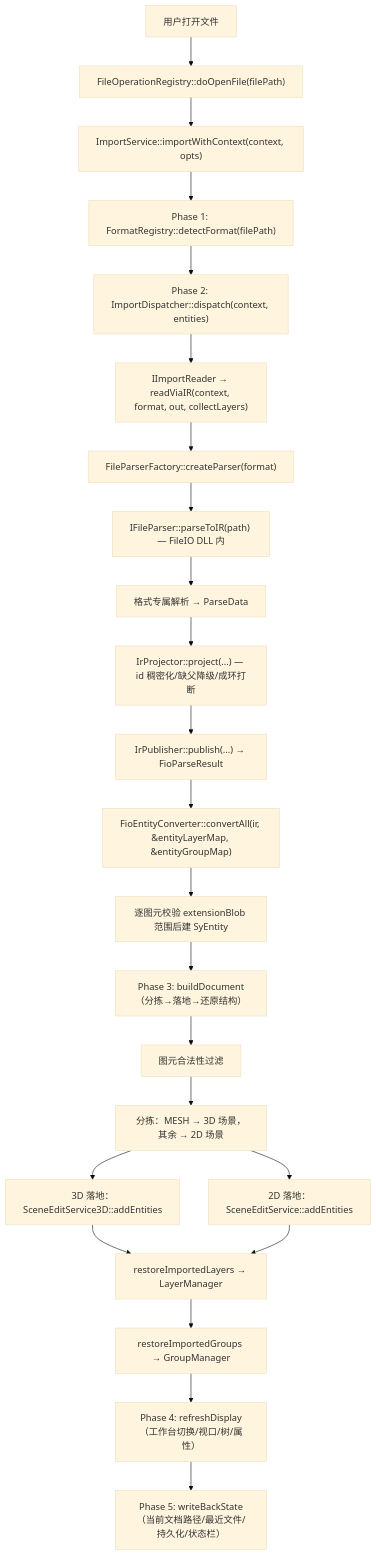
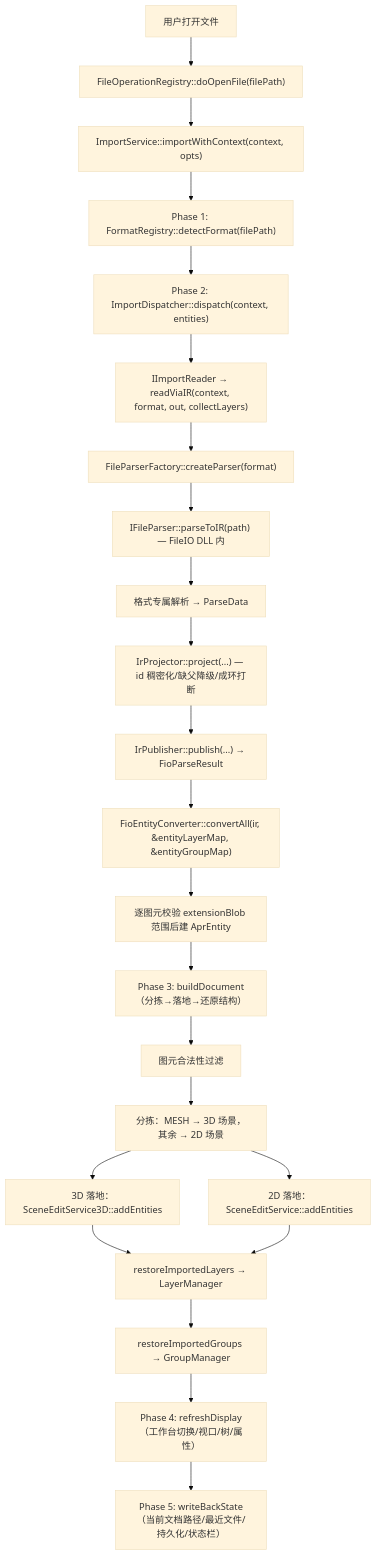
Before and after one commit to yulinxx/CAD: the diagram in Docs/01-当前架构/序列化架构定义.md, drawn with Mermaid (base theme). The commit also changed other lines of this file and 326 other files, not shown here.

````diff
--- a/Docs/01-当前架构/序列化架构定义.md
+++ b/Docs/01-当前架构/序列化架构定义.md
@@ -314,28 +314,28 @@
 ```mermaid
 flowchart TD
     A["用户打开文件"] --> B["FileOperationRegistry::doOpenFile(filePath)"]
     B --> C["ImportService::importWithContext(context, opts)"]
     
     C --> D["Phase 1: FormatRegistry::detectFormat(filePath)"]
     D --> E["Phase 2: ImportDispatcher::dispatch(context, entities)"]
     E --> E1["IImportReader → readViaIR(context, format, out, collectLayers)"]
     E1 --> E2["FileParserFactory::createParser(format)"]
     E2 --> E3["IFileParser::parseToIR(path) — FileIO DLL 内"]
     E3 --> E4["格式专属解析 → ParseData"]
     E4 --> E5["IrProjector::project(...) — id 稠密化/缺父降级/成环打断"]
     E5 --> E6["IrPublisher::publish(...) → FioParseResult"]
     E6 --> E7["FioEntityConverter::convertAll(ir, &entityLayerMap, &entityGroupMap)"]
-    E7 --> E8["逐图元校验 extensionBlob 范围后建 SyEntity"]
+    E7 --> E8["逐图元校验 extensionBlob 范围后建 AprEntity"]
     
     E8 --> F["Phase 3: buildDocument（分拣→落地→还原结构）"]
     F --> F1["图元合法性过滤"]
     F1 --> F2["分拣：MESH → 3D 场景，其余 → 2D 场景"]
     F2 --> F3["3D 落地：SceneEditService3D::addEntities"]
     F2 --> F4["2D 落地：SceneEditService::addEntities"]
     F3 --> F5["restoreImportedLayers → LayerManager"]
     F4 --> F5
     F5 --> F6["restoreImportedGroups → GroupManager"]
     
     F6 --> G["Phase 4: refreshDisplay（工作台切换/视口/树/属性）"]
     G --> H["Phase 5: writeBackState（当前文档路径/最近文件/持久化/状态栏）"]
 ```
````
